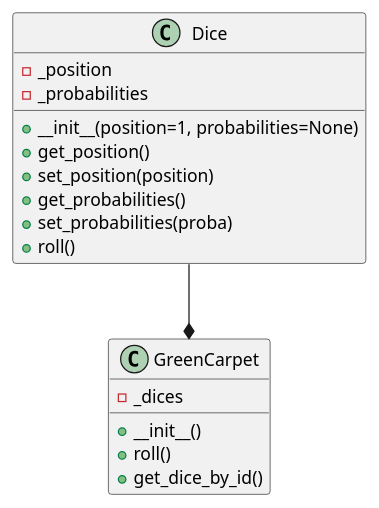
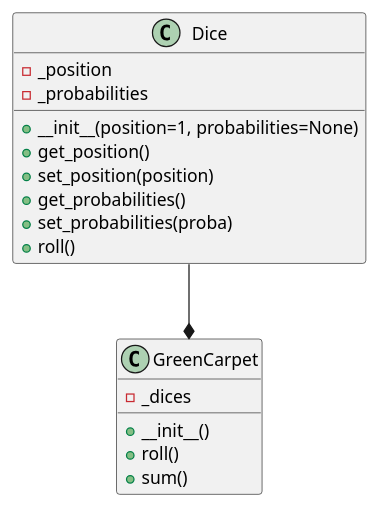
One commit to informatiqueecm/informatique_tc_poo changed the diagram in tc_poo/content/42/composition-agregation.md. Above: the diagram before and after it, drawn with PlantUML. The commit also changed other lines of this file and 5 other files, not shown here.

```diff
--- a/tc_poo/content/42/composition-agregation.md
+++ b/tc_poo/content/42/composition-agregation.md
@@ -296,25 +296,25 @@
 @startuml
 
 
   class Dice {
   -_position
   -_probabilities
   + __init__(position=1, probabilities=None)
   +get_position()
   +set_position(position)
   +get_probabilities()
   +set_probabilities(proba)
   +roll()
 }
 
 class GreenCarpet {
  - _dices
     
  + __init__()
  + roll()
- + get_dice_by_id()
+ + sum()
 }
 
 Dice --* GreenCarpet
 
 @enduml
```
